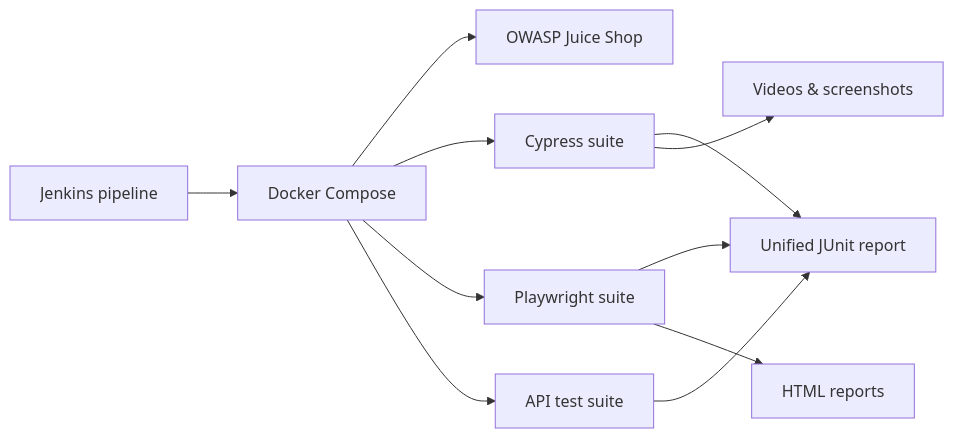
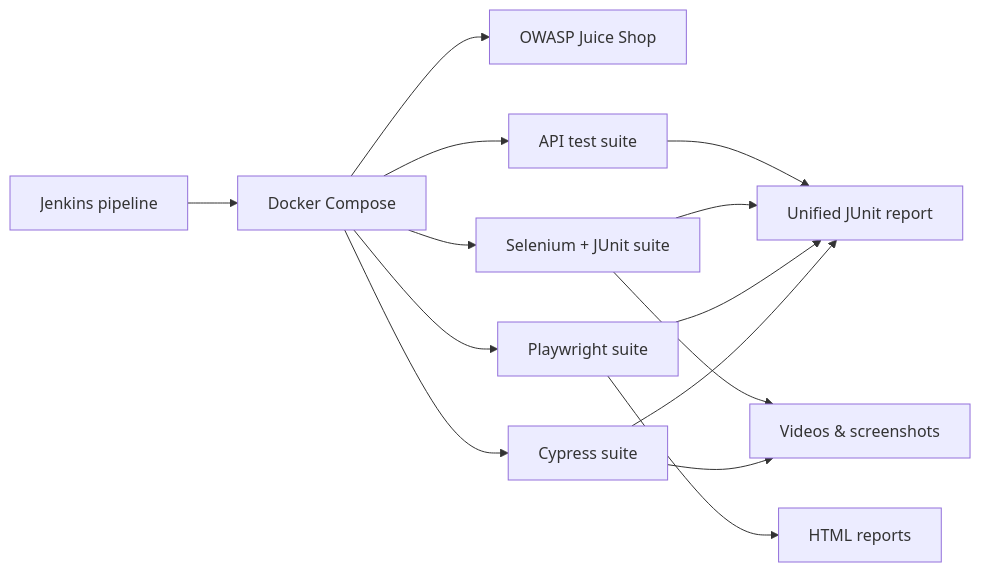
The diagram in README.md (acorvello/acorvello), drawn with Mermaid before and after one commit. The commit also changed other lines of this file, not shown here.

````diff
--- a/README.md
+++ b/README.md
@@ -54,13 +62,16 @@
 ```mermaid
 flowchart LR
     J[Jenkins pipeline] --> D[Docker Compose]
     D --> A[OWASP Juice Shop]
     D --> C[Cypress suite]
     D --> P[Playwright suite]
+    D --> S[Selenium + JUnit suite]
     D --> T[API test suite]
     C --> R[Unified JUnit report]
     P --> R
+    S --> R
     T --> R
     C --> V[Videos & screenshots]
     P --> H[HTML reports]
+    S --> V
 ```
````
